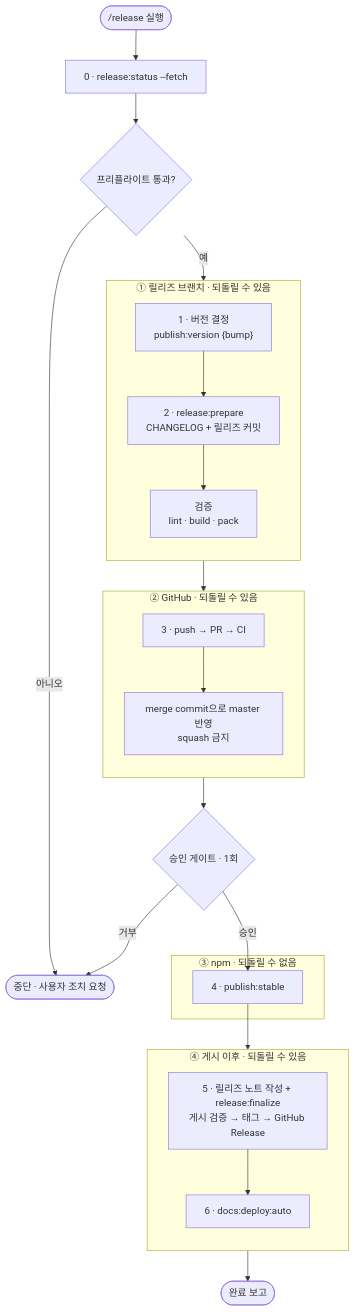
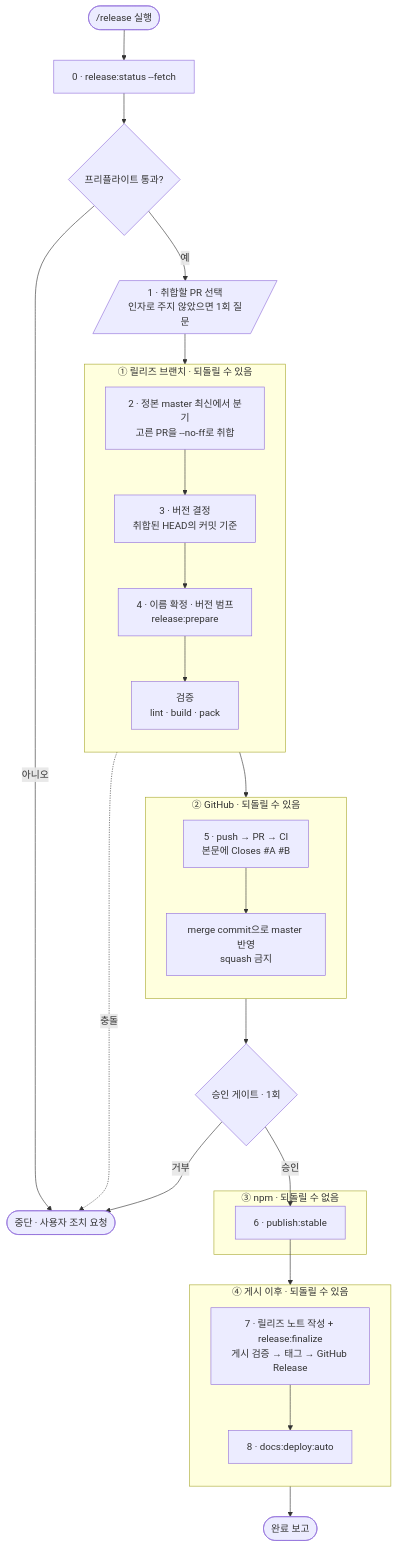
Before and after one commit to naver/egjs-flicking: the first of 2 diagrams in dev-guide/PUBLISH_GUIDE.md, drawn with Mermaid. The commit also changed other lines of this file and 3 other files, not shown here.

First line of the commit message:
fix(release): PR 취합을 버전 결정·prepare 앞으로 이동

````diff
--- a/dev-guide/PUBLISH_GUIDE.md
+++ b/dev-guide/PUBLISH_GUIDE.md
@@ -95,36 +100,39 @@
 ```mermaid
 flowchart TD
     A([/release 실행]) --> B["0 · release:status --fetch"]
     B --> G1{"프리플라이트 통과?"}
     G1 -->|아니오| STOP([중단 · 사용자 조치 요청])
     G1 -->|예| S1
 
+    S1[/"1 · 취합할 PR 선택<br/>인자로 주지 않았으면 1회 질문"/] --> S2
+
     subgraph BR["① 릴리즈 브랜치 · 되돌릴 수 있음"]
         direction TB
-        S1["1 · 버전 결정<br/>publish:version {bump}"] --> S2["2 · release:prepare<br/>CHANGELOG + 릴리즈 커밋"] --> S2V["검증<br/>lint · build · pack"]
+        S2["2 · 정본 master 최신에서 분기<br/>고른 PR을 --no-ff로 취합"] --> S3["3 · 버전 결정<br/>취합된 HEAD의 커밋 기준"] --> S4["4 · 이름 확정 · 버전 범프<br/>release:prepare"] --> S4V["검증<br/>lint · build · pack"]
     end
 
-    S2V --> S3
+    S2 -.->|충돌| STOP
+    S4V --> S5
 
     subgraph GH["② GitHub · 되돌릴 수 있음"]
         direction TB
-        S3["3 · push → PR → CI"] --> S3M["merge commit으로 master 반영<br/>squash 금지"]
+        S5["5 · push → PR → CI<br/>본문에 Closes #A #B"] --> S5M["merge commit으로 master 반영<br/>squash 금지"]
     end
 
-    S3M --> G2{"승인 게이트 · 1회"}
+    S5M --> G2{"승인 게이트 · 1회"}
     G2 -->|거부| STOP
-    G2 -->|승인| S4
+    G2 -->|승인| S6
 
     subgraph NPMZ["③ npm · 되돌릴 수 없음"]
-        S4["4 · publish:stable"]
+        S6["6 · publish:stable"]
     end
 
-    S4 --> S5
+    S6 --> S7
 
     subgraph POST["④ 게시 이후 · 되돌릴 수 있음"]
         direction TB
-        S5["5 · 릴리즈 노트 작성 + release:finalize<br/>게시 검증 → 태그 → GitHub Release"] --> S6["6 · docs:deploy:auto"]
+        S7["7 · 릴리즈 노트 작성 + release:finalize<br/>게시 검증 → 태그 → GitHub Release"] --> S8["8 · docs:deploy:auto"]
     end
 
-    S6 --> DONE([완료 보고])
+    S8 --> DONE([완료 보고])
 ```
````
